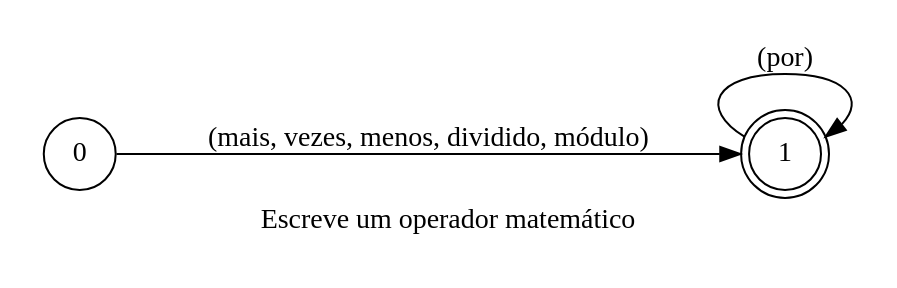
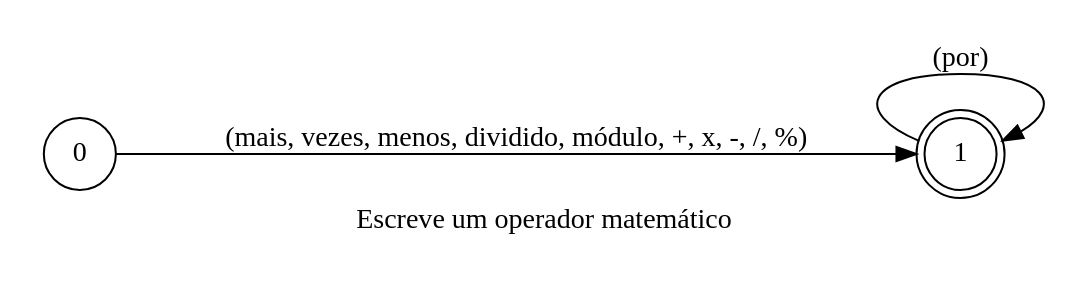
One commit to pedrooaugusto/speech-to-code changed the diagram in spoken/src/modules/typescript/math_operator/phrase_pt-BR.dot. Above: the diagram before and after it, drawn with Graphviz. The commit also changed 19 other files, not shown here.

```diff
--- a/spoken/src/modules/typescript/math_operator/phrase_pt-BR.dot
+++ b/spoken/src/modules/typescript/math_operator/phrase_pt-BR.dot
@@ -1,17 +1,17 @@
 digraph MathOperator {
     id="math_operator";
     label="Escreve um operador matemático";
     lang="pt-BR";
     langName="Português";
     pad="0.2";
     rankdir=LR;
     alias="true";
     node[shape=doublecircle]; 1;
     node[shape=circle];
 
-    0 -> 1 [label="(mais, vezes, menos, dividido, módulo)", store=mathOperator, disableSpellcheck=true];
+    0 -> 1 [label="(mais, vezes, menos, dividido, módulo, +, x, -, /, %)", store=mathOperator, disableSpellcheck=true];
     1 -> 1 [label="(por)"];
 
     title="Escreve uma operador matemático";
     desc="Escreve um operador matemático (*, -, +, /, '%') pensando para ser usado com expressões";
 }
```
